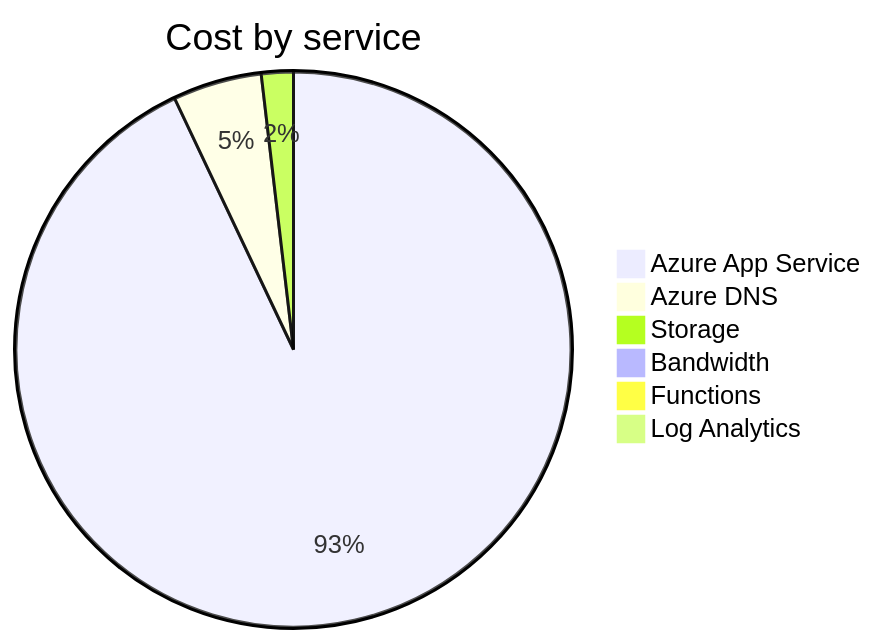
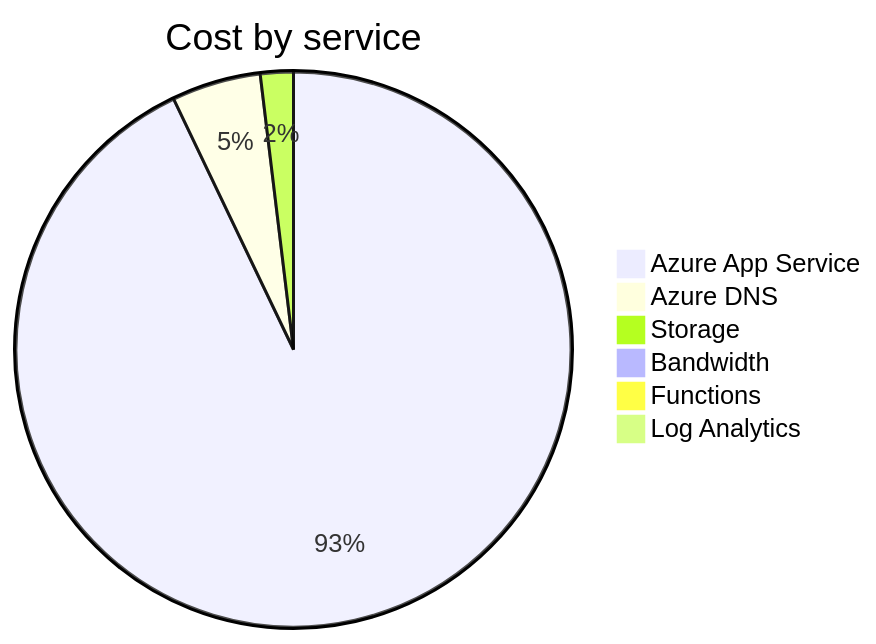
Before and after one commit to jpfulton/azure-personal-reports: the second of 4 diagrams in cost-reports/accumulated-cost.md, drawn with Mermaid. The commit also changed other lines of this file and 4 other files, not shown here.

````diff
--- a/cost-reports/accumulated-cost.md
+++ b/cost-reports/accumulated-cost.md
@@ -98,10 +98,10 @@
 ```mermaid
 pie
    title Cost by service
-   "Azure App Service" : 7.00
-   "Azure DNS" : 0.39
-   "Storage" : 0.14
+   "Azure App Service" : 8.24
+   "Azure DNS" : 0.46
+   "Storage" : 0.17
    "Bandwidth" : 0.00
    "Functions" : 0.00
    "Log Analytics" : 0.00
 ```
````
